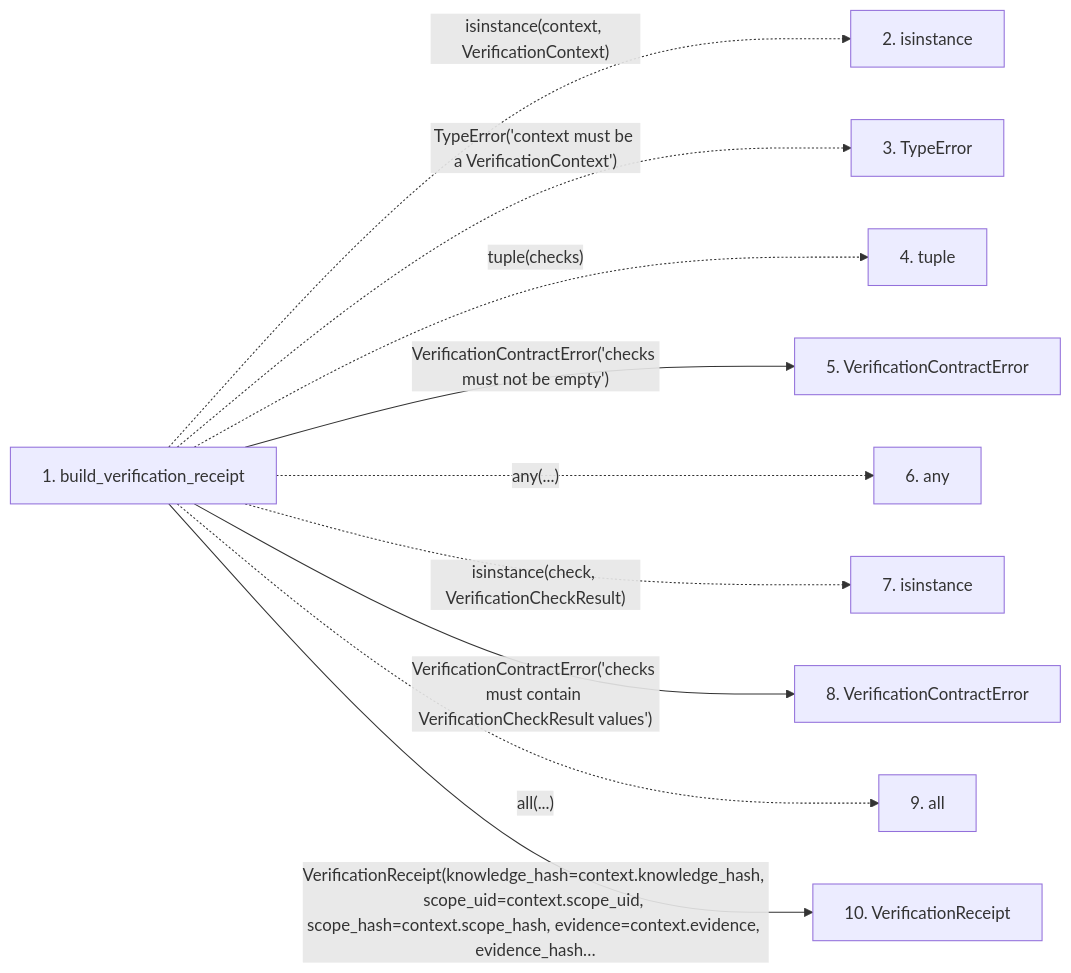
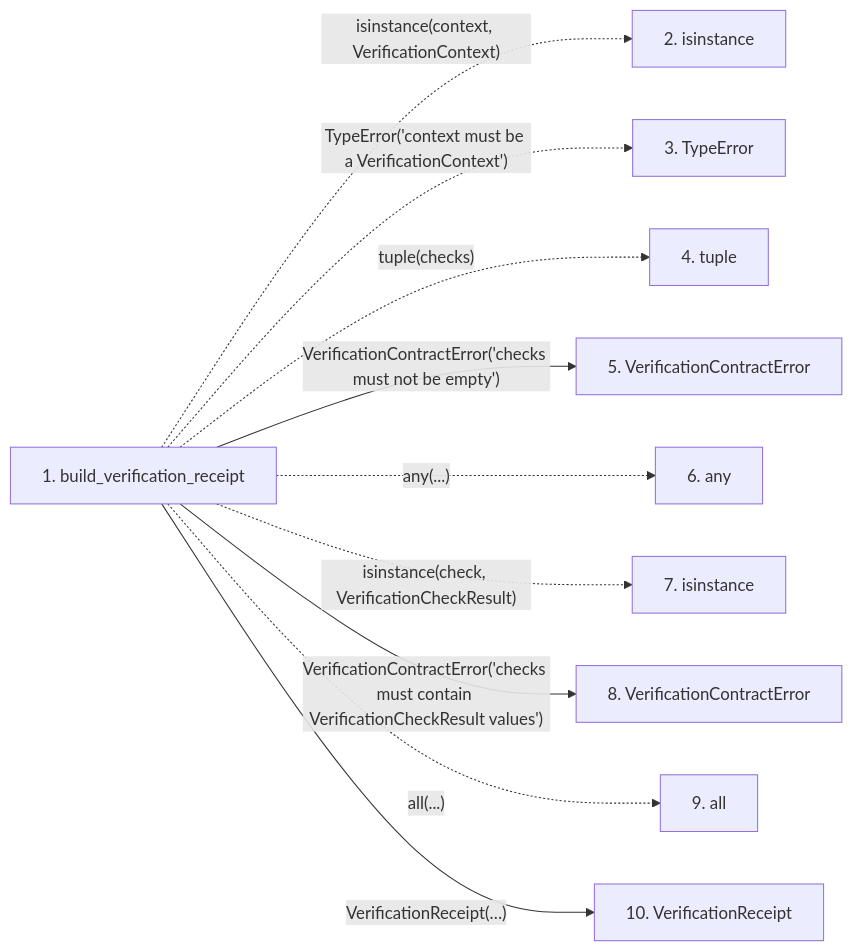
Before and after one commit to Denissvgn/python-wiki-llm: the second of 2 diagrams in docs/llm_wiki/flows/api-build_verification_receipt.md, drawn with Mermaid. The commit also changed other lines of this file and 719 other files, not shown here.

````diff
--- a/docs/llm_wiki/flows/api-build_verification_receipt.md
+++ b/docs/llm_wiki/flows/api-build_verification_receipt.md
@@ -34,26 +34,26 @@
 ```mermaid
 flowchart LR
     s1["1. build_verification_receipt"]
     s2["2. isinstance"]
     s3["3. TypeError"]
     s4["4. tuple"]
     s5["5. VerificationContractError"]
     s6["6. any"]
     s7["7. isinstance"]
     s8["8. VerificationContractError"]
     s9["9. all"]
     s10["10. VerificationReceipt"]
     s1 -. "isinstance(context, VerificationContext)" .-> s2
     s1 -. "TypeError('context must be a VerificationContext')" .-> s3
     s1 -. "tuple(checks)" .-> s4
     s1 -->|"VerificationContractError('checks must not be empty')"| s5
     s1 -. "any(...)" .-> s6
     s1 -. "isinstance(check, VerificationCheckResult)" .-> s7
     s1 -->|"VerificationContractError('checks must contain VerificationCheckResult values')"| s8
     s1 -. "all(...)" .-> s9
-    s1 -->|"VerificationReceipt(knowledge_hash=context.knowledge_hash, scope_uid=context.scope_uid, scope_hash=context.scope_hash, evidence=context.evidence, evidence_hash…"| s10
+    s1 -->|"VerificationReceipt(…)"| s10
     click s1 "../modules/verification_contracts.md"
     click s5 "../modules/verification_contracts.md"
     click s8 "../modules/verification_contracts.md"
     click s10 "../modules/verification_contracts.md"
 ```
````
